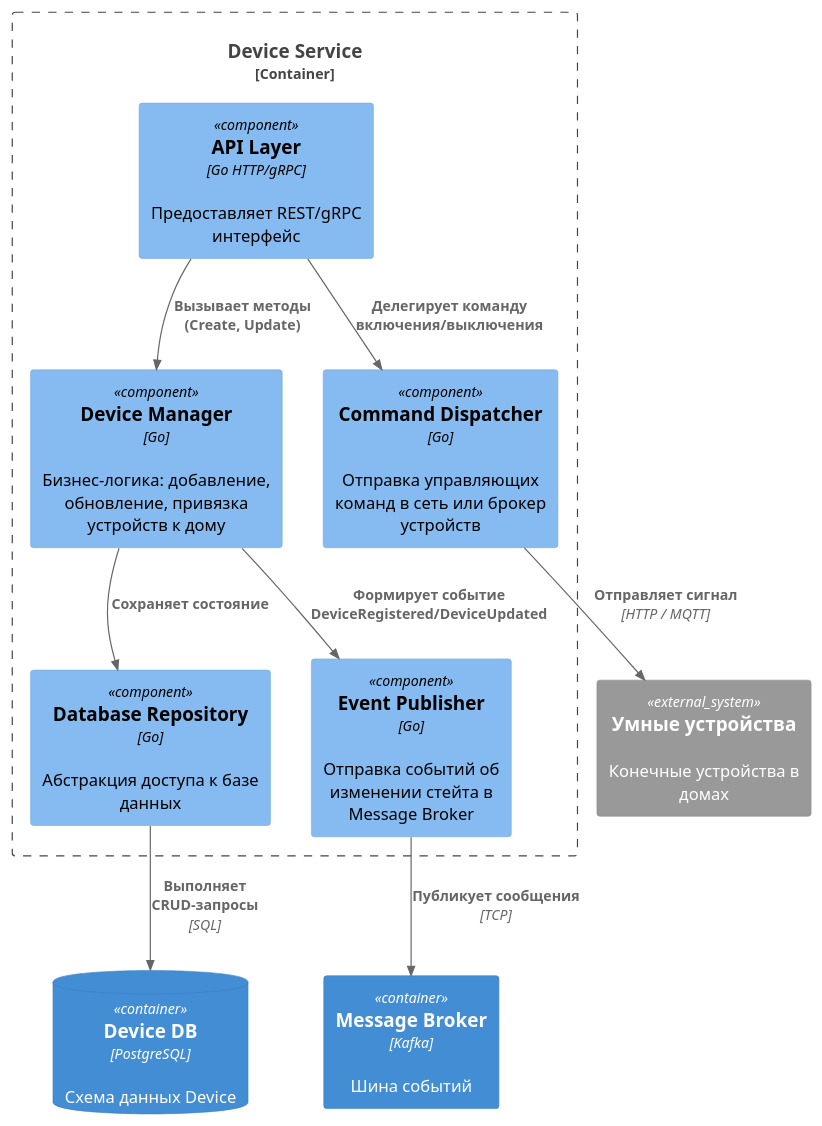
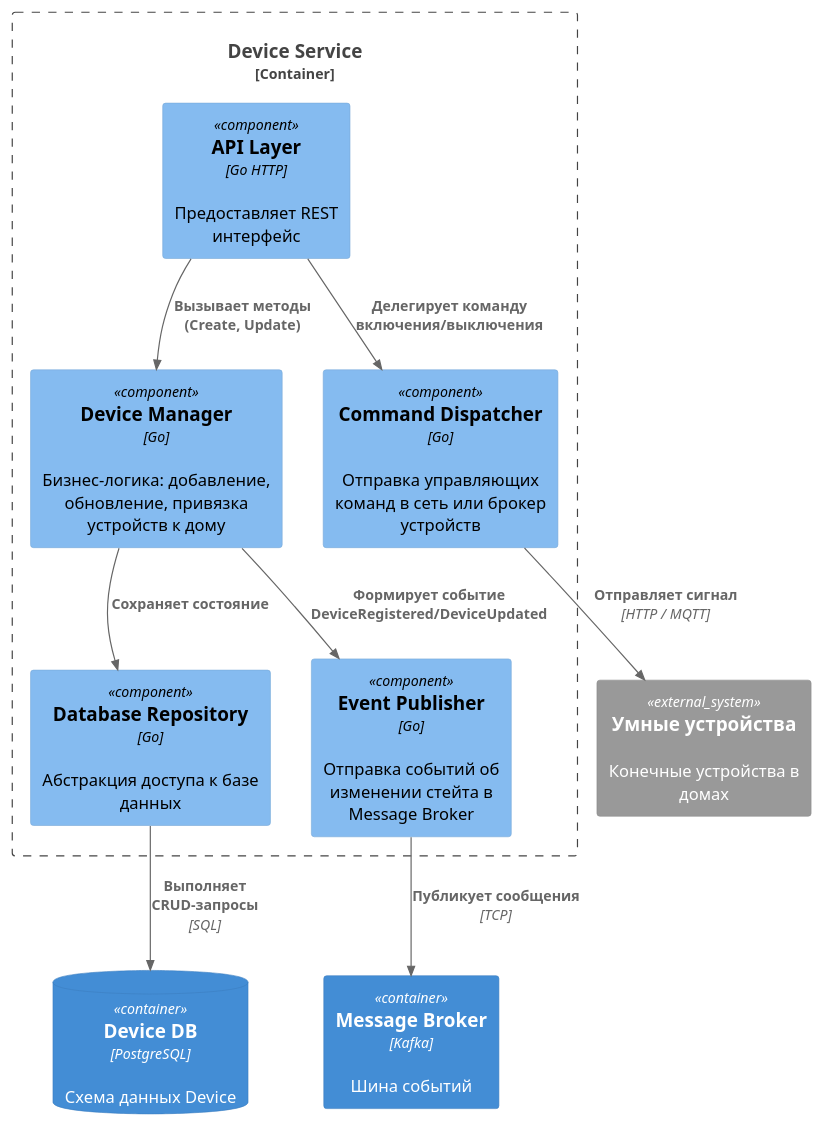
One commit to akrasnikov79/architecture-warmhouse changed the fourth of 7 diagrams in README.md. Above: the diagram before and after it, drawn with PlantUML. The commit also changed other lines of this file, not shown here.

````diff
--- a/README.md
+++ b/README.md
@@ -143,25 +143,25 @@
 ```plantuml
 @startuml
 !include https://raw.githubusercontent.com/plantuml-stdlib/C4-PlantUML/master/C4_Component.puml
 
 Container_Boundary(device_service, "Device Service") {
-    Component(api, "API Layer", "Go HTTP/gRPC", "Предоставляет REST/gRPC интерфейс")
+    Component(api, "API Layer", "Go HTTP", "Предоставляет REST интерфейс")
     Component(device_manager, "Device Manager", "Go", "Бизнес-логика: добавление, обновление, привязка устройств к дому")
     Component(command_sender, "Command Dispatcher", "Go", "Отправка управляющих команд в сеть или брокер устройств")
     Component(repo, "Database Repository", "Go", "Абстракция доступа к базе данных")
     Component(event_publisher, "Event Publisher", "Go", "Отправка событий об изменении стейта в Message Broker")
 }
 
 ContainerDb(device_db, "Device DB", "PostgreSQL", "Схема данных Device")
 Container(message_broker, "Message Broker", "Kafka", "Шина событий")
 System_Ext(devices, "Умные устройства", "Конечные устройства в домах")
 
 Rel(api, device_manager, "Вызывает методы (Сreate, Update)")
 Rel(api, command_sender, "Делегирует команду включения/выключения")
 Rel(device_manager, repo, "Сохраняет состояние")
 Rel(device_manager, event_publisher, "Формирует событие DeviceRegistered/DeviceUpdated")
 Rel(repo, device_db, "Выполняет CRUD-запросы", "SQL")
 Rel(event_publisher, message_broker, "Публикует сообщения", "TCP")
 Rel(command_sender, devices, "Отправляет сигнал", "HTTP / MQTT")
 @enduml
 ```
````
